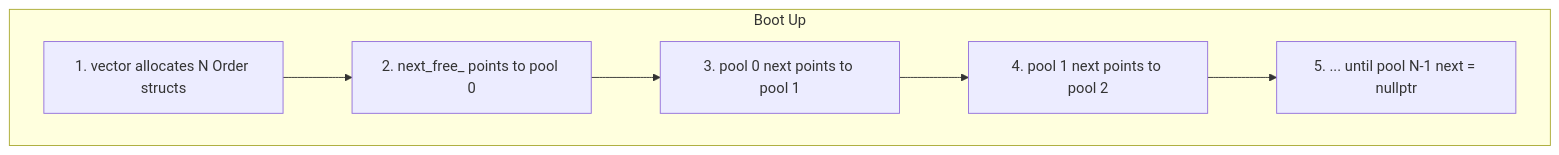
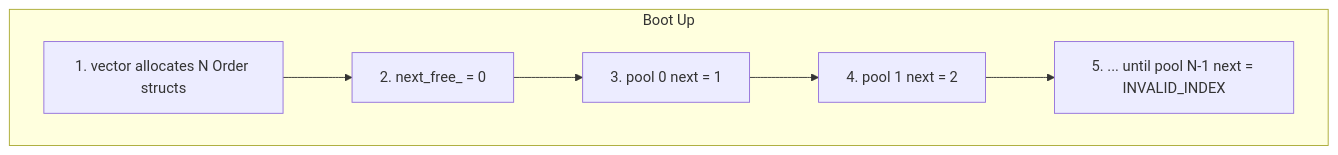
Before and after one commit to Komal-ai417/hft-matching-engine: the second of 2 diagrams in docs/2_Architecture_And_Memory_Layout.md, drawn with Mermaid. The commit also changed other lines of this file and 17 other files, not shown here.

````diff
--- a/docs/2_Architecture_And_Memory_Layout.md
+++ b/docs/2_Architecture_And_Memory_Layout.md
@@ -66,9 +66,9 @@
 ```mermaid
 graph TD
     subgraph Initialization ["Boot Up"]
-        A["1. vector allocates N Order structs"] --> B["2. next_free_ points to pool 0"]
-        B --> C["3. pool 0 next points to pool 1"]
-        C --> D["4. pool 1 next points to pool 2"]
-        D --> E["5. ... until pool N-1 next = nullptr"]
+        A["1. vector allocates N Order structs"] --> B["2. next_free_ = 0"]
+        B --> C["3. pool 0 next = 1"]
+        C --> D["4. pool 1 next = 2"]
+        D --> E["5. ... until pool N-1 next = INVALID_INDEX"]
     end
 ```
````
